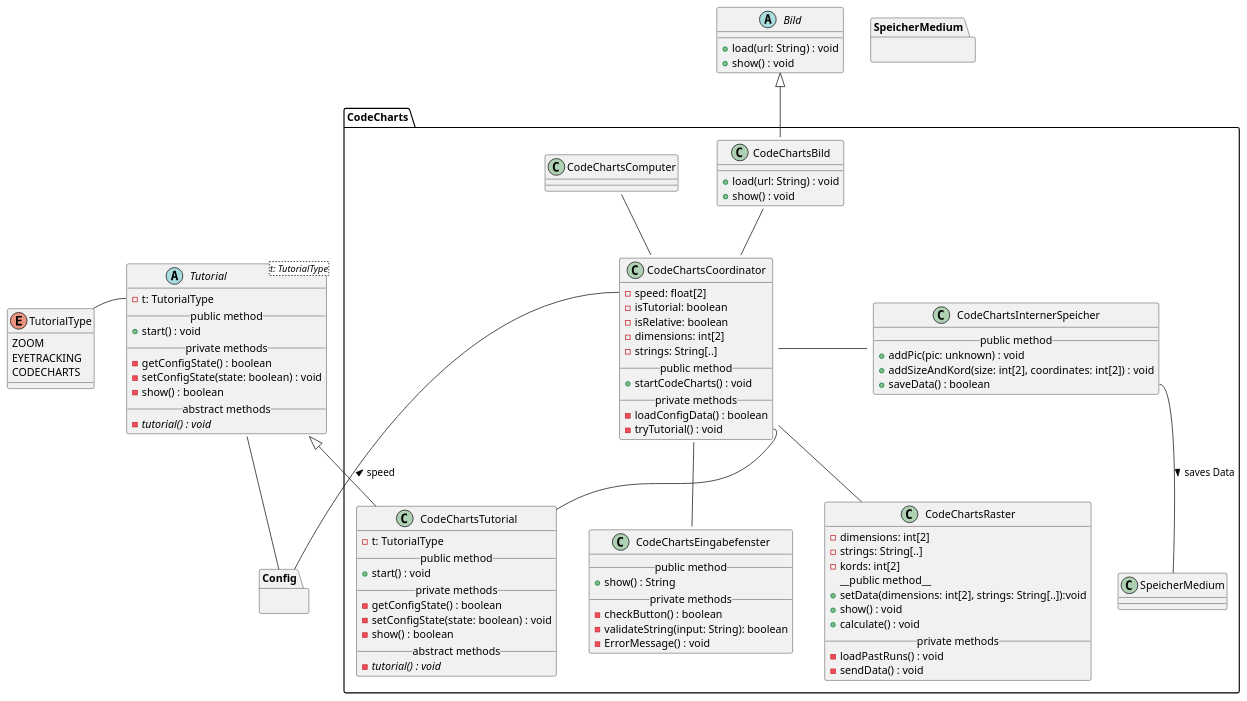
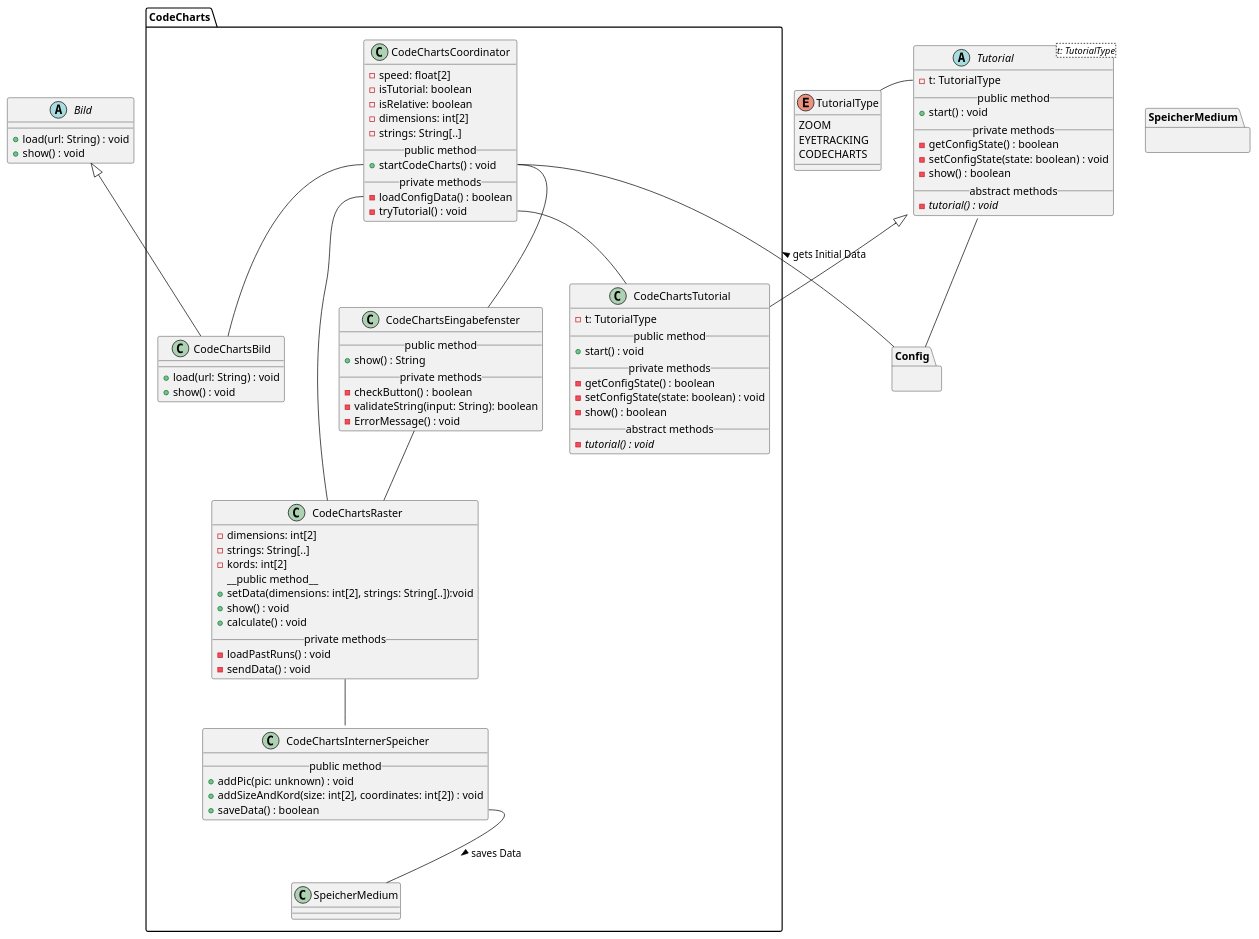
One commit to weichware10/meilensteine changed the diagram in meilenstein_03/uml-code_charts/uml-code_charts.puml. Above: the diagram before and after it, drawn with PlantUML.

Commit message:
neue Kanten

```diff
--- a/meilenstein_03/uml-code_charts/uml-code_charts.puml
+++ b/meilenstein_03/uml-code_charts/uml-code_charts.puml
@@ -1,131 +1,135 @@
 @startuml code_charts
 ' skinparam backgroundColor transparent
 '() System #DA70D5
 top to bottom direction
 
 ' --- TUTORIAL ---
 abstract Tutorial<t: TutorialType> {
   - t: TutorialType
   __public method__
   + start() : void
   __private methods__
   - getConfigState() : boolean
   - setConfigState(state: boolean) : void
   - show() : boolean
   __abstract methods__
   - {abstract} tutorial() : void
 }
 
 enum TutorialType {
   ZOOM
   EYETRACKING
   CODECHARTS
 }
 
 ' Interaktionen
 Tutorial::t -l- TutorialType
 Tutorial -d- Config
 
 
 ' --- BILD ---
 
 abstract Bild {
   + load(url: String) : void
   + show() : void
 }
 
 ' === CODE CHARTS ===
 package CodeCharts {
 
     ' CodeCharts Tutorial 
     class CodeChartsTutorial {
       - t: TutorialType
       __public method__
       + start() : void
       __private methods__
       - getConfigState() : boolean
       - setConfigState(state: boolean) : void
       - show() : boolean
       __abstract methods__
       - {abstract} tutorial() : void
     }
   
     ' CodeCharts Coordinator
     class CodeChartsCoordinator {
         - speed: float[2]
         - isTutorial: boolean
         - isRelative: boolean
         - dimensions: int[2]
         - strings: String[..]
         __public method__
         + startCodeCharts() : void
         __private methods__
         - loadConfigData() : boolean
         - tryTutorial() : void
     }
 
     ' CodeCharts Interner Speicher
     class CodeChartsInternerSpeicher {
         __public method__
         + addPic(pic: unknown) : void
         + addSizeAndKord(size: int[2], coordinates: int[2]) : void
         + saveData() : boolean
     }
 
     ' CodeCharts Bild
     class CodeChartsBild {
         ' Unsicher ob es sinnvoll ist das Bild vorzuladen
         + load(url: String) : void
         + show() : void
     }
 
     ' CodeCharts Raster
     class CodeChartsRaster {
         ' Unsicher ob es sinnvoll ist alle vorherigen Durchläufe auf einmal zu laden
         - dimensions: int[2]
         - strings: String[..]
         - kords: int[2]
         __public method__ 
         + setData(dimensions: int[2], strings: String[..]):void
         + show() : void
         + calculate() : void
         __private methods__
         - loadPastRuns() : void
         - sendData() : void
     }
 
     ' CodeCharts Eingabefenster
     class CodeChartsEingabefenster {
         __public method__
         + show() : String
         __private methods__
         - checkButton() : boolean
         - validateString(input: String): boolean
         - ErrorMessage() : void
     }
 
 
     ' Vererbungen
     Bild <|-d- CodeChartsBild
     Tutorial <|-d- CodeChartsTutorial
 
     ' Interaktionen
-    CodeChartsCoordinator -u- CodeChartsComputer::processInput
-    CodeChartsCoordinator -u- CodeChartsBild::processInput
-    CodeChartsCoordinator -- CodeChartsRaster
-    CodeChartsCoordinator -d- CodeChartsEingabefenster::processInput
-    CodeChartsInternerSpeicher::processInput -l- CodeChartsCoordinator
+    CodeChartsCoordinator::startCodeCharts -- CodeChartsBild
+    CodeChartsCoordinator::loadConfigData -- CodeChartsRaster
+    CodeChartsCoordinator::startCodeCharts -- CodeChartsEingabefenster
     CodeChartsCoordinator::tryTutorial -- CodeChartsTutorial
+    ' load & send Kante?
+    CodeChartsRaster -- CodeChartsInternerSpeicher
+    CodeChartsEingabefenster -- CodeChartsRaster
+
+
 
     ' Andere Module
-    CodeChartsInternerSpeicher::save -d- SpeicherMedium : > saves Data
-    CodeChartsCoordinator::speed -d- Config : < speed
+    CodeChartsInternerSpeicher::saveData -- SpeicherMedium : > saves Data
+    ' von startCodeCharts oder von loadConfigData
+    CodeChartsCoordinator::startCodeCharts -- Config : < gets Initial Data
   
 }
 
 ' Blackboxen / Andere Module
 package Config {}
 
 package SpeicherMedium {}
 
 @enduml
```
